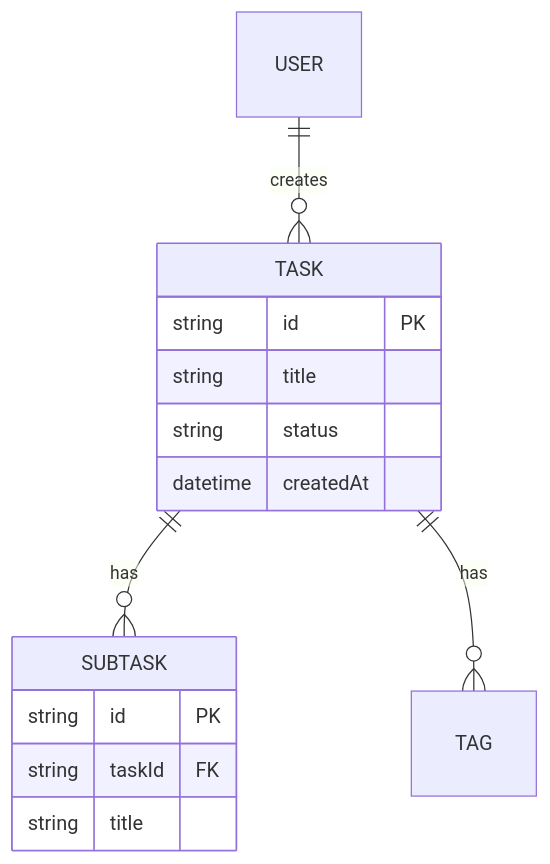
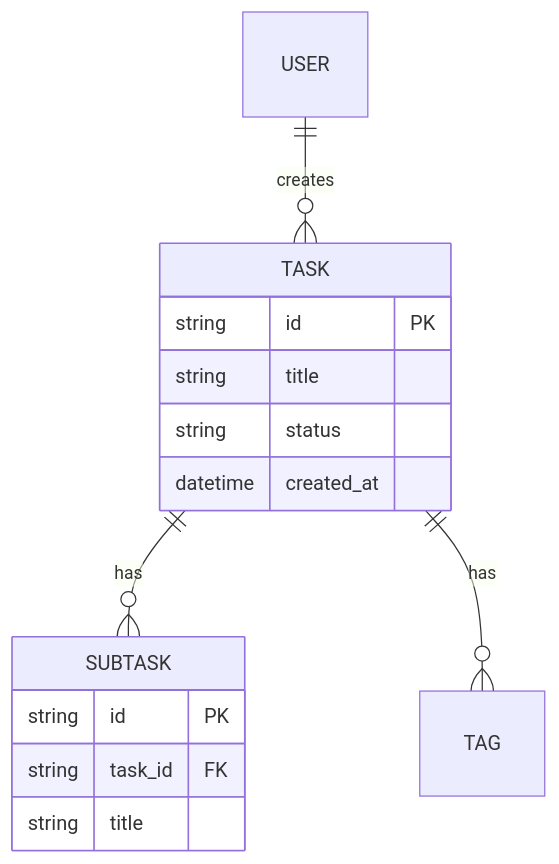
The third of 4 diagrams in .claude/skills/functional-design/guide.md (miso-taku/claude_code_work), drawn with Mermaid before and after one commit. The commit also changed other lines of this file and 23 other files, not shown here.

````diff
--- a/.claude/skills/functional-design/guide.md
+++ b/.claude/skills/functional-design/guide.md
@@ -109,18 +128,18 @@
 ```mermaid
 erDiagram
     TASK ||--o{ SUBTASK : has
     TASK ||--o{ TAG : has
     USER ||--o{ TASK : creates
 
     TASK {
         string id PK
         string title
         string status
-        datetime createdAt
+        datetime created_at
     }
     SUBTASK {
         string id PK
-        string taskId FK
+        string task_id FK
         string title
     }
 ```
````
